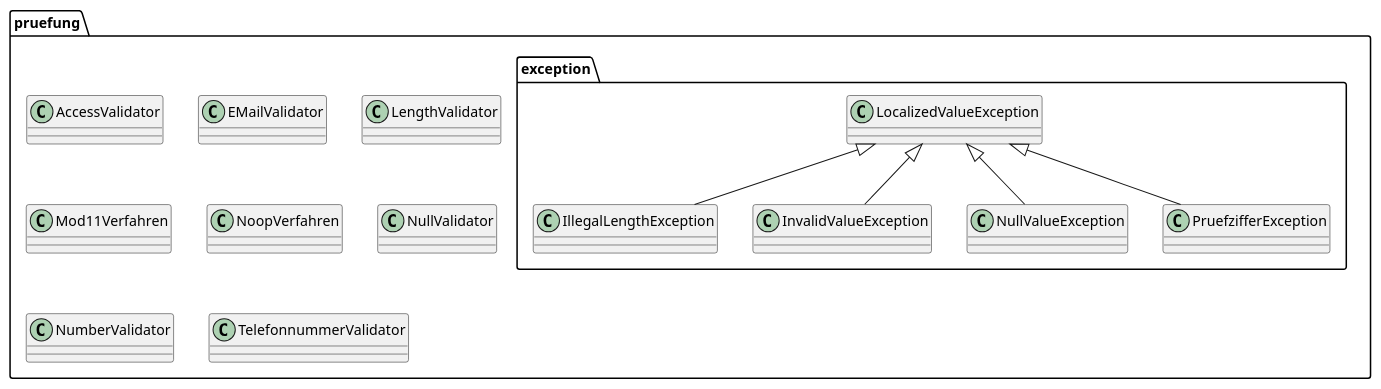
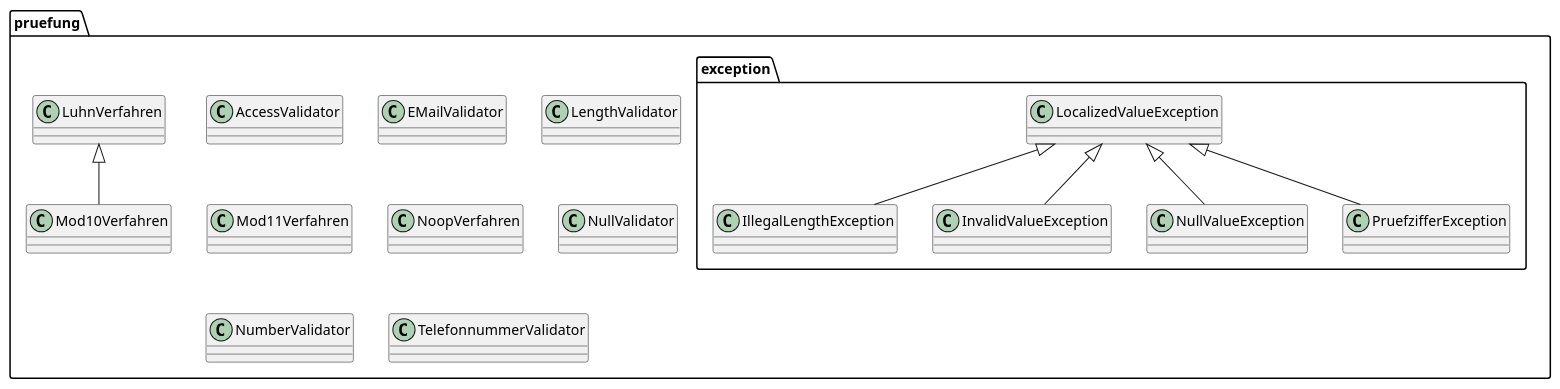
Before and after one commit to oboehm/jfachwert: the diagram in src/main/asciidoc/images/package-pruefung.puml, drawn with PlantUML. The commit also changed 6 other files, not shown here.

```diff
--- a/src/main/asciidoc/images/package-pruefung.puml
+++ b/src/main/asciidoc/images/package-pruefung.puml
@@ -1,29 +1,33 @@
 @startuml
 
 package "pruefung" {
 
     class AccessValidator
     class EMailValidator
     class LengthValidator
     class Mod11Verfahren
+    class Mod10Verfahren
+    class LuhnVerfahren
     class NoopVerfahren
     class NullValidator
     class NumberValidator
     class TelefonnummerValidator
 
     package "exception" {
         class IllegalLengthException
         class InvalidValueException
         class LocalizedValueException
         class NullValueException
         class PruefzifferException
     }
 
 }
 
+LuhnVerfahren <|-- Mod10Verfahren
+
 LocalizedValueException <|-- IllegalLengthException
 LocalizedValueException <|-- InvalidValueException
 LocalizedValueException <|-- NullValueException
 LocalizedValueException <|-- PruefzifferException
 
 @enduml
```
